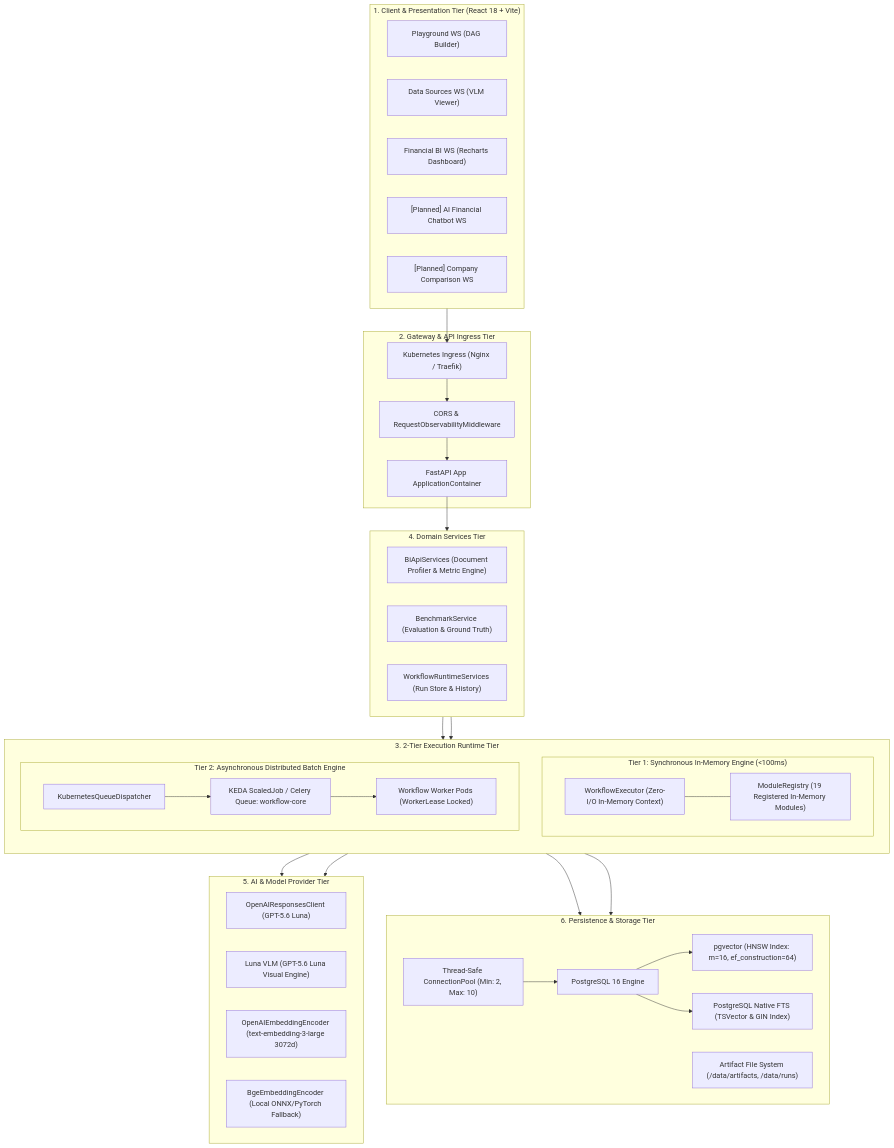
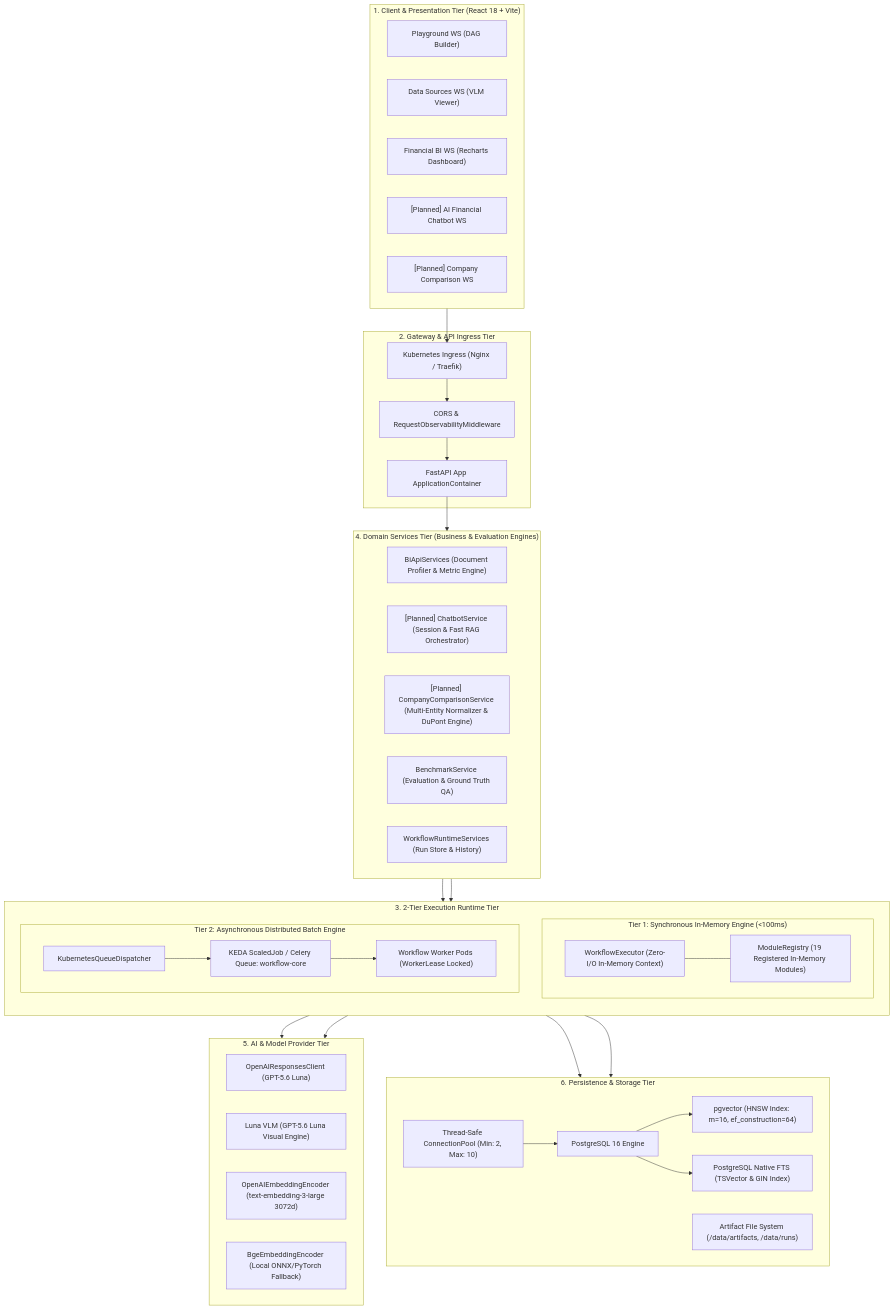
One commit to bist-mini-final/bist-mini-final changed the first of 3 diagrams in docs/01_system_blueprints/BP-101_system_architecture_blueprint.md. Above: the diagram before and after it, drawn with Mermaid. The commit also changed 1 other file, not shown here.

Commit message:
docs: include Chatbot and CompanyComparison domain services and clarify benchmark service separation in BP-101 and BP-102

````diff
--- a/docs/01_system_blueprints/BP-101_system_architecture_blueprint.md
+++ b/docs/01_system_blueprints/BP-101_system_architecture_blueprint.md
@@ -11,64 +11,66 @@
 ```mermaid
 flowchart TB
     subgraph ClientTier ["1. Client & Presentation Tier (React 18 + Vite)"]
         UI_PLAY["Playground WS (DAG Builder)"]
         UI_DS["Data Sources WS (VLM Viewer)"]
         UI_BI["Financial BI WS (Recharts Dashboard)"]
         UI_CHAT["[Planned] AI Financial Chatbot WS"]
         UI_COMP["[Planned] Company Comparison WS"]
     end
 
     subgraph GatewayTier ["2. Gateway & API Ingress Tier"]
         INGRESS["Kubernetes Ingress (Nginx / Traefik)"]
         CORS["CORS & RequestObservabilityMiddleware"]
         FASTAPI["FastAPI App ApplicationContainer"]
     end
 
     subgraph RuntimeTier ["3. 2-Tier Execution Runtime Tier"]
         direction TB
         subgraph Tier1 ["Tier 1: Synchronous In-Memory Engine (<100ms)"]
             T1_EXEC["WorkflowExecutor (Zero-I/O In-Memory Context)"]
             T1_REG["ModuleRegistry (19 Registered In-Memory Modules)"]
             T1_EXEC --- T1_REG
         end
         subgraph Tier2 ["Tier 2: Asynchronous Distributed Batch Engine"]
             K8S_DISP["KubernetesQueueDispatcher"]
             KEDA["KEDA ScaledJob / Celery Queue: workflow-core"]
             WORKER_POOL["Workflow Worker Pods (WorkerLease Locked)"]
             K8S_DISP --> KEDA --> WORKER_POOL
         end
     end
 
-    subgraph ServiceDomain ["4. Domain Services Tier"]
+    subgraph ServiceDomain ["4. Domain Services Tier (Business & Evaluation Engines)"]
         BI_SVC["BiApiServices (Document Profiler & Metric Engine)"]
-        BM_SVC["BenchmarkService (Evaluation & Ground Truth)"]
+        CHAT_SVC["[Planned] ChatbotService (Session & Fast RAG Orchestrator)"]
+        COMP_SVC["[Planned] CompanyComparisonService (Multi-Entity Normalizer & DuPont Engine)"]
+        BM_SVC["BenchmarkService (Evaluation & Ground Truth QA)"]
         WF_SVC["WorkflowRuntimeServices (Run Store & History)"]
     end
 
     subgraph ProviderTier ["5. AI & Model Provider Tier"]
         OAI_LLM["OpenAIResponsesClient (GPT-5.6 Luna)"]
         OAI_VLM["Luna VLM (GPT-5.6 Luna Visual Engine)"]
         OAI_EMB["OpenAIEmbeddingEncoder (text-embedding-3-large 3072d)"]
         BGE_EMB["BgeEmbeddingEncoder (Local ONNX/PyTorch Fallback)"]
     end
 
     subgraph StorageTier ["6. Persistence & Storage Tier"]
         PG_POOL["Thread-Safe ConnectionPool (Min: 2, Max: 10)"]
         PG_CORE["PostgreSQL 16 Engine"]
         PG_VEC["pgvector (HNSW Index: m=16, ef_construction=64)"]
         PG_FTS["PostgreSQL Native FTS (TSVector & GIN Index)"]
         DISK_STORE["Artifact File System (/data/artifacts, /data/runs)"]
         PG_POOL --> PG_CORE
         PG_CORE --> PG_VEC
         PG_CORE --> PG_FTS
     end
 
     ClientTier --> INGRESS --> CORS --> FASTAPI
     FASTAPI --> ServiceDomain
     ServiceDomain --> Tier1
     ServiceDomain --> Tier2
     Tier1 --> ProviderTier
     Tier2 --> ProviderTier
     Tier1 --> StorageTier
     Tier2 --> StorageTier
 ```
````
